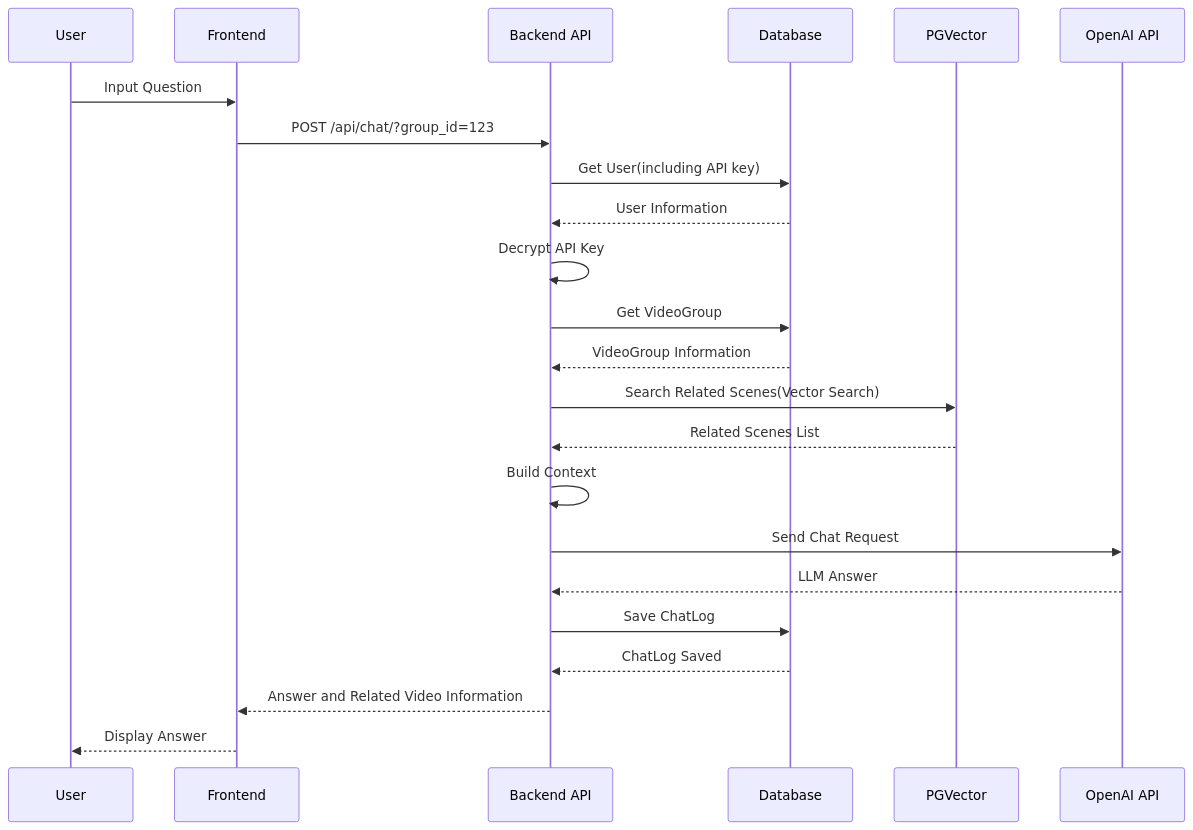
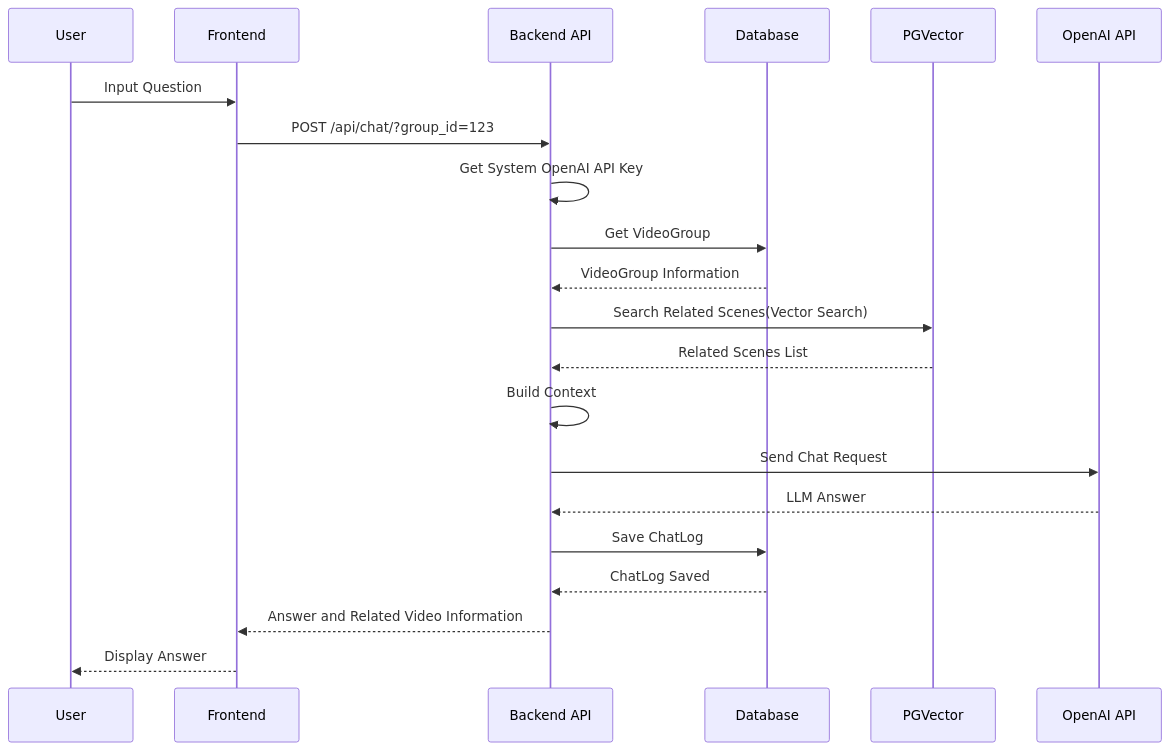
One commit to yukiharada1228/videoq changed the second of 6 diagrams in docs/design/sequence-diagram.md. Above: the diagram before and after it, drawn with Mermaid. The commit also changed other lines of this file and 13 other files, not shown here.

````diff
--- a/docs/design/sequence-diagram.md
+++ b/docs/design/sequence-diagram.md
@@ -49,26 +49,24 @@
 ```mermaid
 sequenceDiagram
     participant User as User
     participant Frontend as Frontend
     participant Backend as Backend API
     participant DB as Database
     participant PGVector as PGVector
     participant OpenAI as OpenAI API
 
     User->>Frontend: Input Question
     Frontend->>Backend: POST /api/chat/?group_id=123
-    Backend->>DB: Get User(including API key)
-    DB-->>Backend: User Information
-    Backend->>Backend: Decrypt API Key
+    Backend->>Backend: Get System OpenAI API Key
     Backend->>DB: Get VideoGroup
     DB-->>Backend: VideoGroup Information
     Backend->>PGVector: Search Related Scenes(Vector Search)
     PGVector-->>Backend: Related Scenes List
     Backend->>Backend: Build Context
     Backend->>OpenAI: Send Chat Request
     OpenAI-->>Backend: LLM Answer
     Backend->>DB: Save ChatLog
     DB-->>Backend: ChatLog Saved
     Backend-->>Frontend: Answer and Related Video Information
     Frontend-->>User: Display Answer
 ```
````
